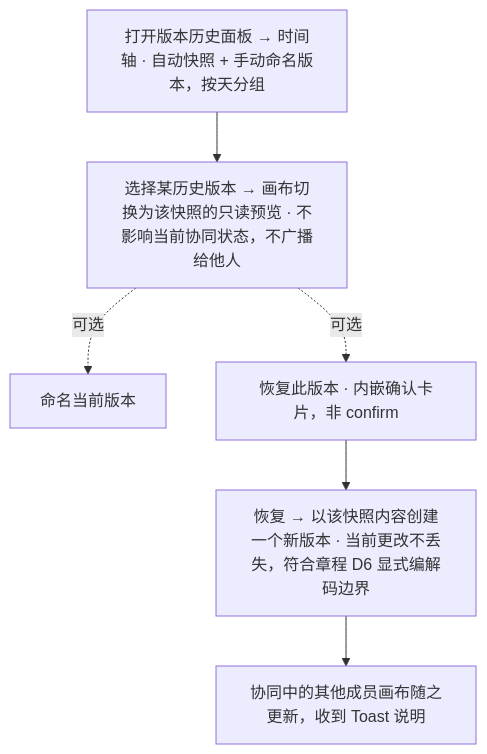
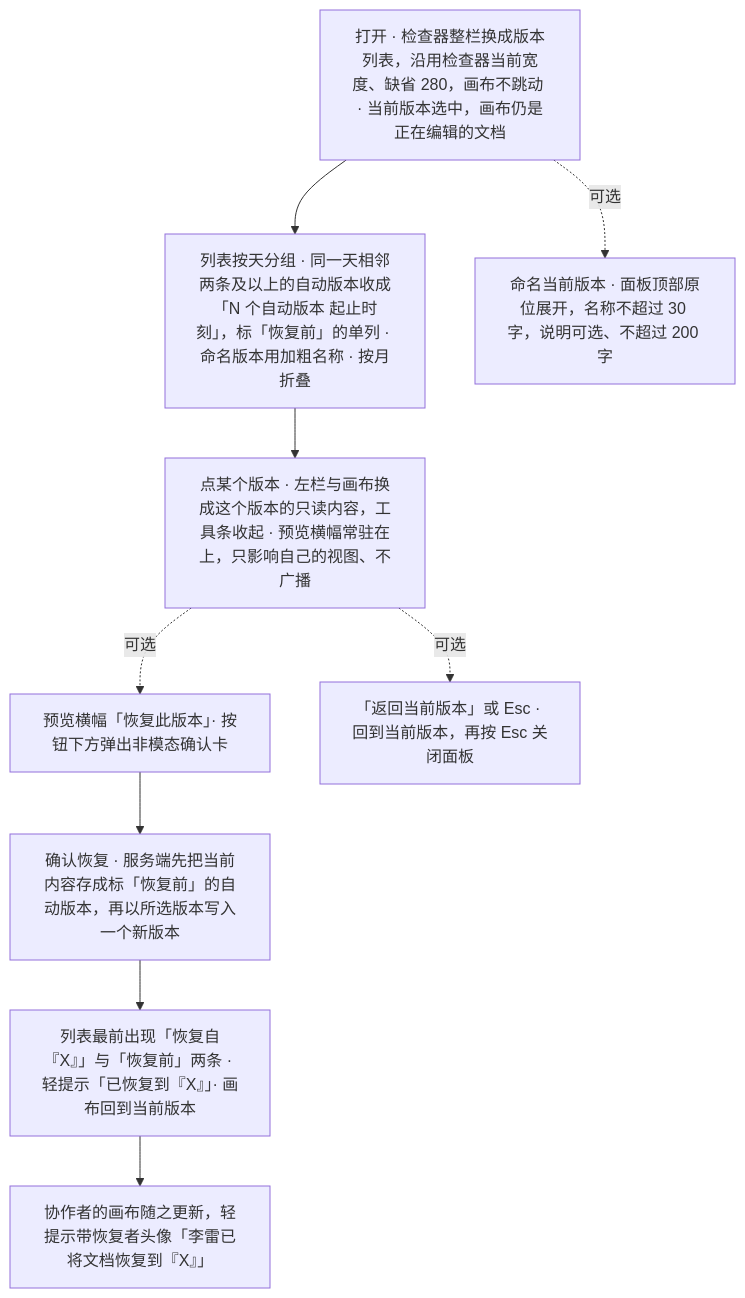
Before and after one commit to Xeonice/cordis-ppt-editor: the ninth of 13 diagrams in docs/20-design/02-user-flows.md, drawn with Mermaid. The commit also changed other lines of this file and 44 other files, not shown here.

````diff
--- a/docs/20-design/02-user-flows.md
+++ b/docs/20-design/02-user-flows.md
@@ -330,13 +375,16 @@
 ```mermaid
 flowchart TB
-  f8Open["打开版本历史面板 → 时间轴 · 自动快照 + 手动命名版本，按天分组"]
-  f8Pick["选择某历史版本 → 画布切换为该快照的只读预览 · 不影响当前协同状态，不广播给他人"]
-  f8Name["命名当前版本"]
-  f8Confirm["恢复此版本 · 内嵌确认卡片，非 confirm"]
-  f8Restore["恢复 → 以该快照内容创建一个新版本 · 当前更改不丢失，符合章程 D6 显式编解码边界"]
-  f8Others["协同中的其他成员画布随之更新，收到 Toast 说明"]
-  f8Open --> f8Pick
-  f8Pick -.->|"可选"| f8Name
-  f8Pick -.->|"可选"| f8Confirm
-  f8Confirm --> f8Restore --> f8Others
+  f8Open["打开 · 检查器整栏换成版本列表，沿用检查器当前宽度、缺省 280，画布不跳动 · 当前版本选中，画布仍是正在编辑的文档"]
+  f8List["列表按天分组 · 同一天相邻两条及以上的自动版本收成「N 个自动版本 起止时刻」，标「恢复前」的单列 · 命名版本用加粗名称 · 按月折叠"]
+  f8Pick["点某个版本 · 左栏与画布换成这个版本的只读内容，工具条收起 · 预览横幅常驻在上，只影响自己的视图、不广播"]
+  f8Name["命名当前版本 · 面板顶部原位展开，名称不超过 30 字，说明可选、不超过 200 字"]
+  f8Confirm["预览横幅「恢复此版本」· 按钮下方弹出非模态确认卡"]
+  f8Restore["确认恢复 · 服务端先把当前内容存成标「恢复前」的自动版本，再以所选版本写入一个新版本"]
+  f8Done["列表最前出现「恢复自『X』」与「恢复前」两条 · 轻提示「已恢复到『X』」· 画布回到当前版本"]
+  f8Others["协作者的画布随之更新，轻提示带恢复者头像「李雷已将文档恢复到『X』」"]
+  f8Back["「返回当前版本」或 Esc · 回到当前版本，再按 Esc 关闭面板"]
+  f8Open --> f8List --> f8Pick
+  f8Open -.->|"可选"| f8Name
+  f8Pick -.->|"可选"| f8Confirm --> f8Restore --> f8Done --> f8Others
+  f8Pick -.->|"可选"| f8Back
 ```
````
